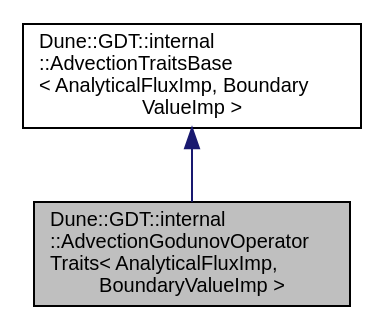
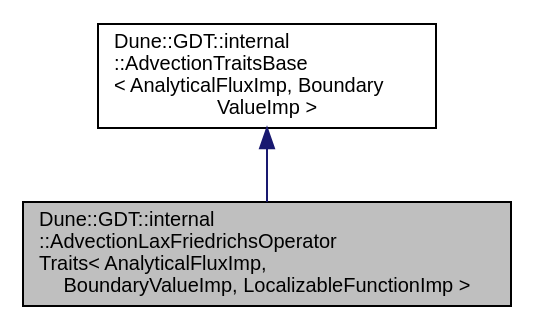
One commit to dune-community/dune-community.github.io changed the diagram in docs/dune-gdt/''/a01866.dot. Above: the diagram before and after it, drawn with Graphviz. The commit also changed 2733 other files, not shown here.

Commit message:
Updated documentation for dune-gdt ''

```diff
--- a/docs/dune-gdt/''/a01866.dot
+++ b/docs/dune-gdt/''/a01866.dot
@@ -1,8 +1,8 @@
-digraph "Dune::GDT::internal::AdvectionGodunovOperatorTraits&lt; AnalyticalFluxImp, BoundaryValueImp &gt;"
+digraph "Dune::GDT::internal::AdvectionLaxFriedrichsOperatorTraits&lt; AnalyticalFluxImp, BoundaryValueImp, LocalizableFunctionImp &gt;"
 {
   edge [fontname="Helvetica",fontsize="10",labelfontname="Helvetica",labelfontsize="10"];
   node [fontname="Helvetica",fontsize="10",shape=record];
-  Node0 [label="Dune::GDT::internal\l::AdvectionGodunovOperator\lTraits\< AnalyticalFluxImp,\l BoundaryValueImp \>",height=0.2,width=0.4,color="black", fillcolor="grey75", style="filled", fontcolor="black"];
+  Node0 [label="Dune::GDT::internal\l::AdvectionLaxFriedrichsOperator\lTraits\< AnalyticalFluxImp,\l BoundaryValueImp, LocalizableFunctionImp \>",height=0.2,width=0.4,color="black", fillcolor="grey75", style="filled", fontcolor="black"];
   Node1 -> Node0 [dir="back",color="midnightblue",fontsize="10",style="solid",fontname="Helvetica"];
-  Node1 [label="Dune::GDT::internal\l::AdvectionTraitsBase\l\< AnalyticalFluxImp, Boundary\lValueImp \>",height=0.2,width=0.4,color="black", fillcolor="white", style="filled",URL="$a01843.html"];
+  Node1 [label="Dune::GDT::internal\l::AdvectionTraitsBase\l\< AnalyticalFluxImp, Boundary\lValueImp \>",height=0.2,width=0.4,color="black", fillcolor="white", style="filled",URL="$a01827.html"];
 }
```
